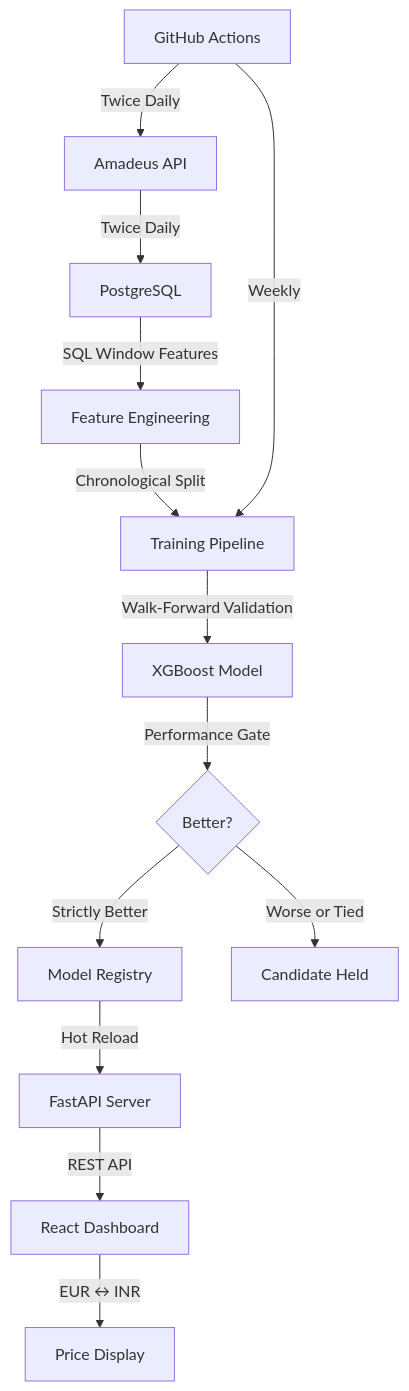
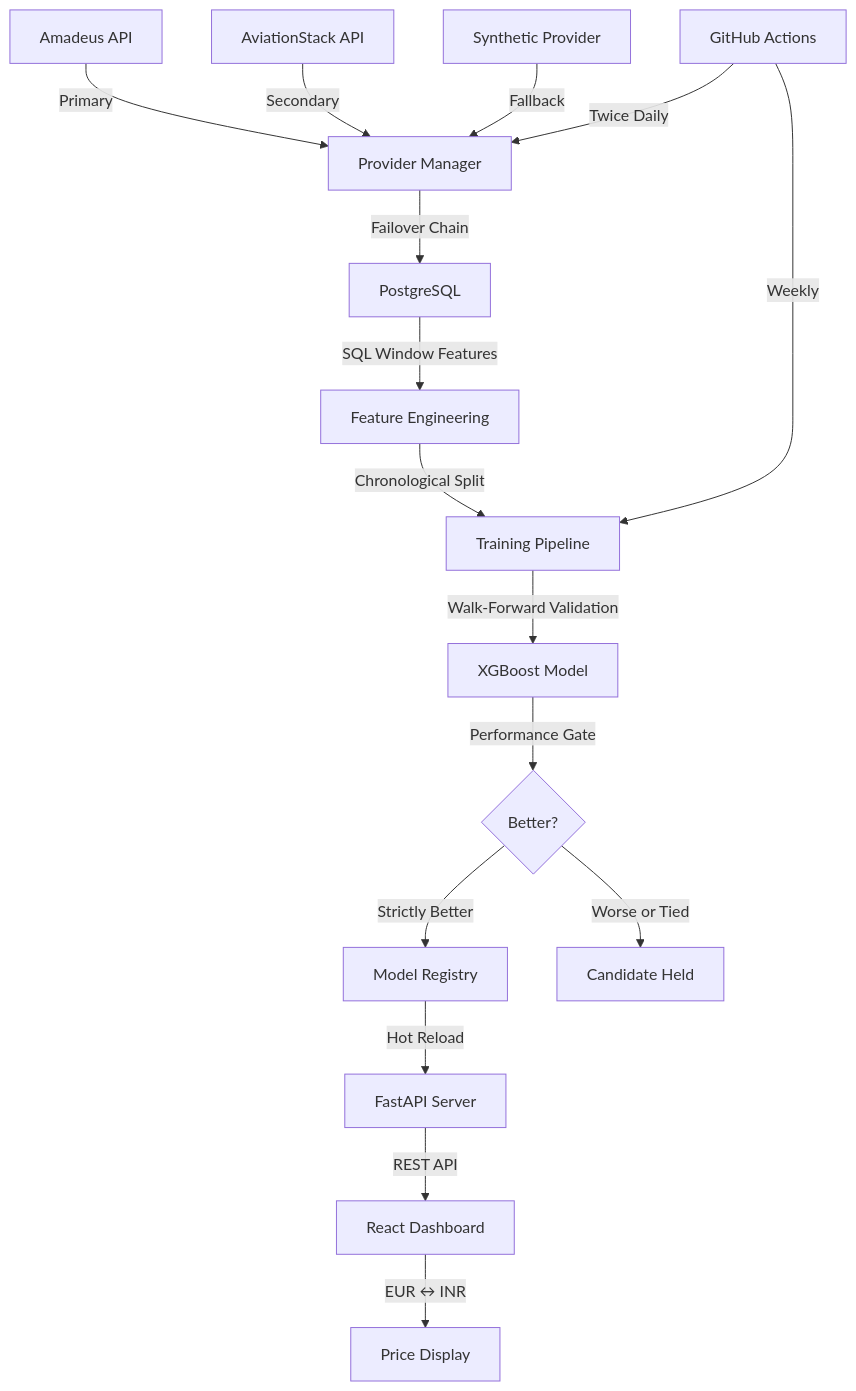
The diagram in README.md (Dheeraj-reddy-palle/iFly), drawn with Mermaid before and after one commit. The commit also changed other lines of this file and 1 other file, not shown here.

Commit message:
Update README and project report with 3-provider ingestion architecture

````diff
--- a/README.md
+++ b/README.md
@@ -52,16 +52,19 @@
 ```mermaid
 graph TD
-    A[Amadeus API] -->|Twice Daily| B[PostgreSQL]
+    A1[Amadeus API] -->|Primary| PM[Provider Manager]
+    A2[AviationStack API] -->|Secondary| PM
+    A3[Synthetic Provider] -->|Fallback| PM
+    PM -->|Failover Chain| B[PostgreSQL]
     B -->|SQL Window Features| C[Feature Engineering]
     C -->|Chronological Split| D[Training Pipeline]
     D -->|Walk-Forward Validation| E[XGBoost Model]
     E -->|Performance Gate| F{Better?}
     F -->|Strictly Better| G[Model Registry]
     F -->|Worse or Tied| H[Candidate Held]
     G -->|Hot Reload| I[FastAPI Server]
     I -->|REST API| J[React Dashboard]
     J -->|EUR ↔ INR| K[Price Display]
     
     L[GitHub Actions] -->|Weekly| D
-    L -->|Twice Daily| A
+    L -->|Twice Daily| PM
 ```
````
